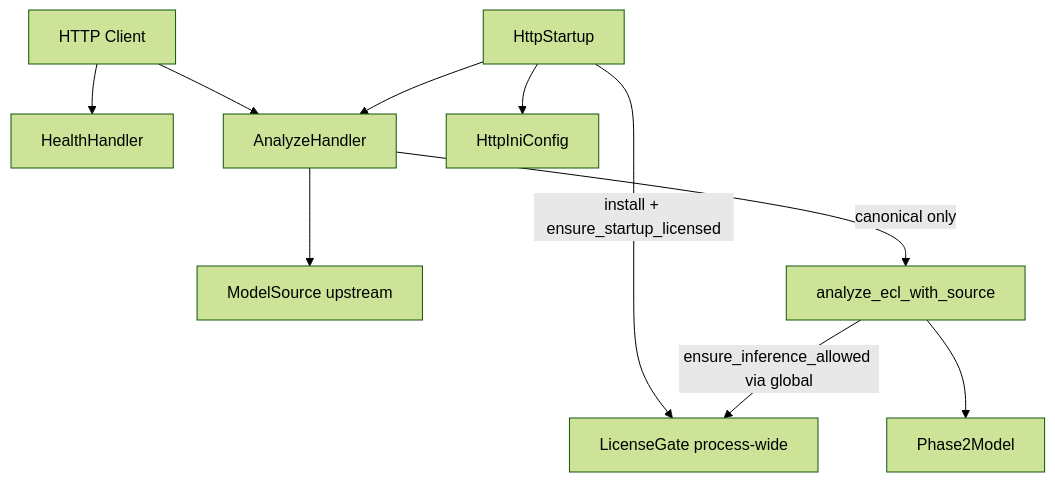
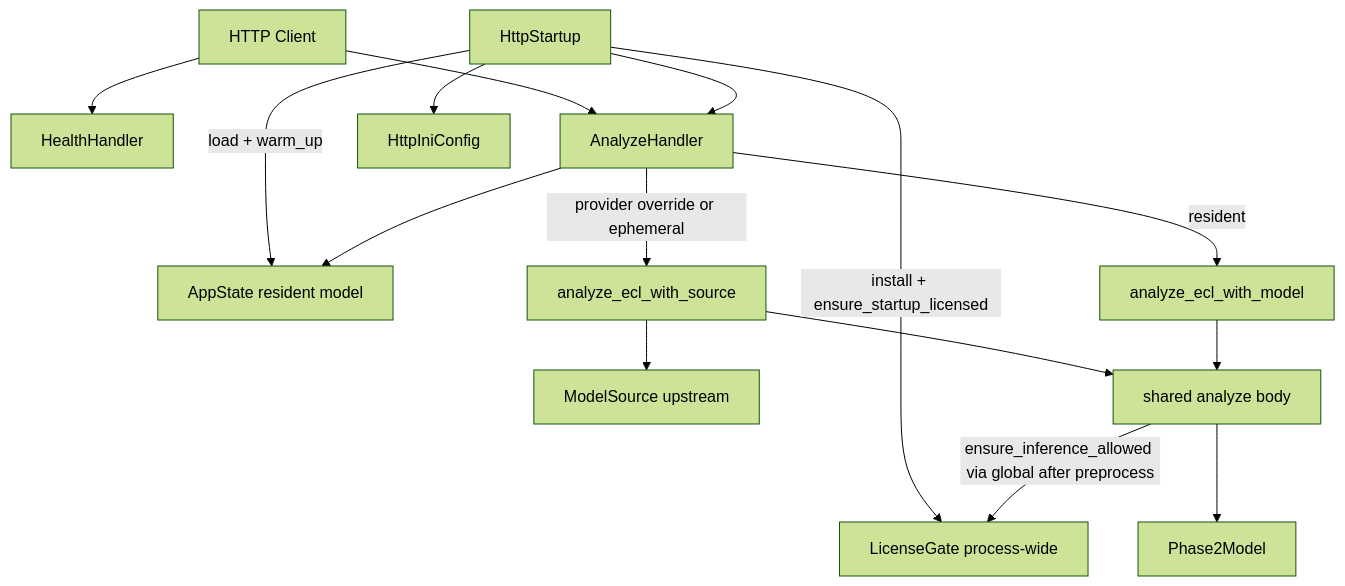
Before and after one commit to Universal-Micro-Networks/holter-analysis-assist: the first of 3 diagrams in .kiro/specs/http-api/design.md, drawn with Mermaid (forest theme). The commit also changed other lines of this file and 21 other files, not shown here.

````diff
--- a/.kiro/specs/http-api/design.md
+++ b/.kiro/specs/http-api/design.md
@@ -73,22 +76,30 @@
 ```mermaid
 flowchart TB
   Client[HTTP Client]
   Health[HealthHandler]
   AnalyzeH[AnalyzeHandler]
   HttpCfg[HttpIniConfig]
   Startup[HttpStartup]
   Gate[LicenseGate process-wide]
   Model[ModelSource upstream]
+  State[AppState resident model]
   Analyze[analyze_ecl_with_source]
+  AnalyzeM[analyze_ecl_with_model]
+  Body[shared analyze body]
   Ort[Phase2Model]
 
   Client --> Health
   Client --> AnalyzeH
   Startup --> HttpCfg
   Startup -->|"install + ensure_startup_licensed"| Gate
+  Startup -->|"load + warm_up"| State
   Startup --> AnalyzeH
-  AnalyzeH --> Model
-  AnalyzeH -->|"canonical only"| Analyze
-  Analyze -->|"ensure_inference_allowed via global"| Gate
-  Analyze --> Ort
+  AnalyzeH --> State
+  AnalyzeH -->|"resident"| AnalyzeM
+  AnalyzeH -->|"provider override or ephemeral"| Analyze
+  Analyze --> Model
+  Analyze --> Body
+  AnalyzeM --> Body
+  Body -->|"ensure_inference_allowed via global after preprocess"| Gate
+  Body --> Ort
 ```
````
